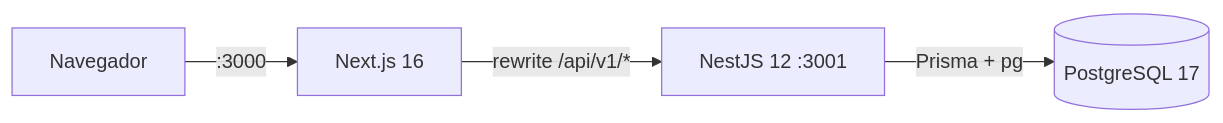
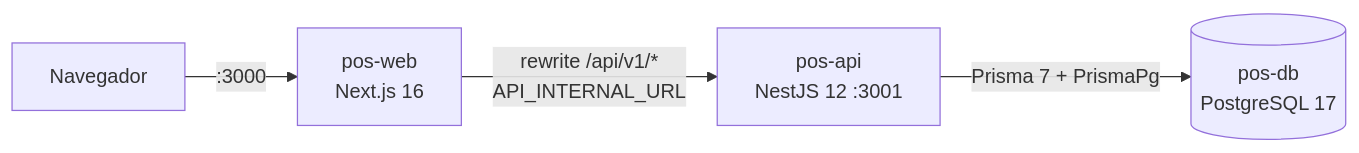
The diagram in README.md (MiguelFPP/poli-entrega-1-escenario-3-integracion-continua), drawn with Mermaid before and after one commit. The commit also changed other lines of this file and 48 other files, not shown here.

````diff
--- a/README.md
+++ b/README.md
@@ -99,6 +140,6 @@
 ```mermaid
 flowchart LR
-  browser[Navegador] -->|:3000| web[Next.js 16]
-  web -->|rewrite /api/v1/*| api[NestJS 12 :3001]
-  api -->|Prisma + pg| db[(PostgreSQL 17)]
+  browser["Navegador"] -->|":3000"| web["pos-web<br/>Next.js 16"]
+  web -->|"rewrite /api/v1/*<br/>API_INTERNAL_URL"| api["pos-api<br/>NestJS 12 :3001"]
+  api -->|"Prisma 7 + PrismaPg"| db[("pos-db<br/>PostgreSQL 17")]
 ```
````
